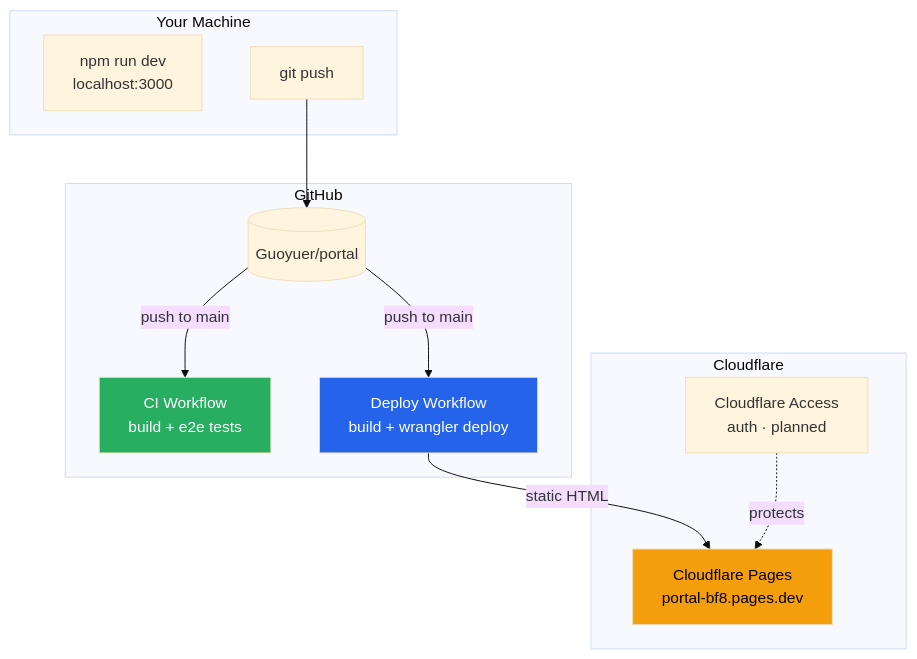
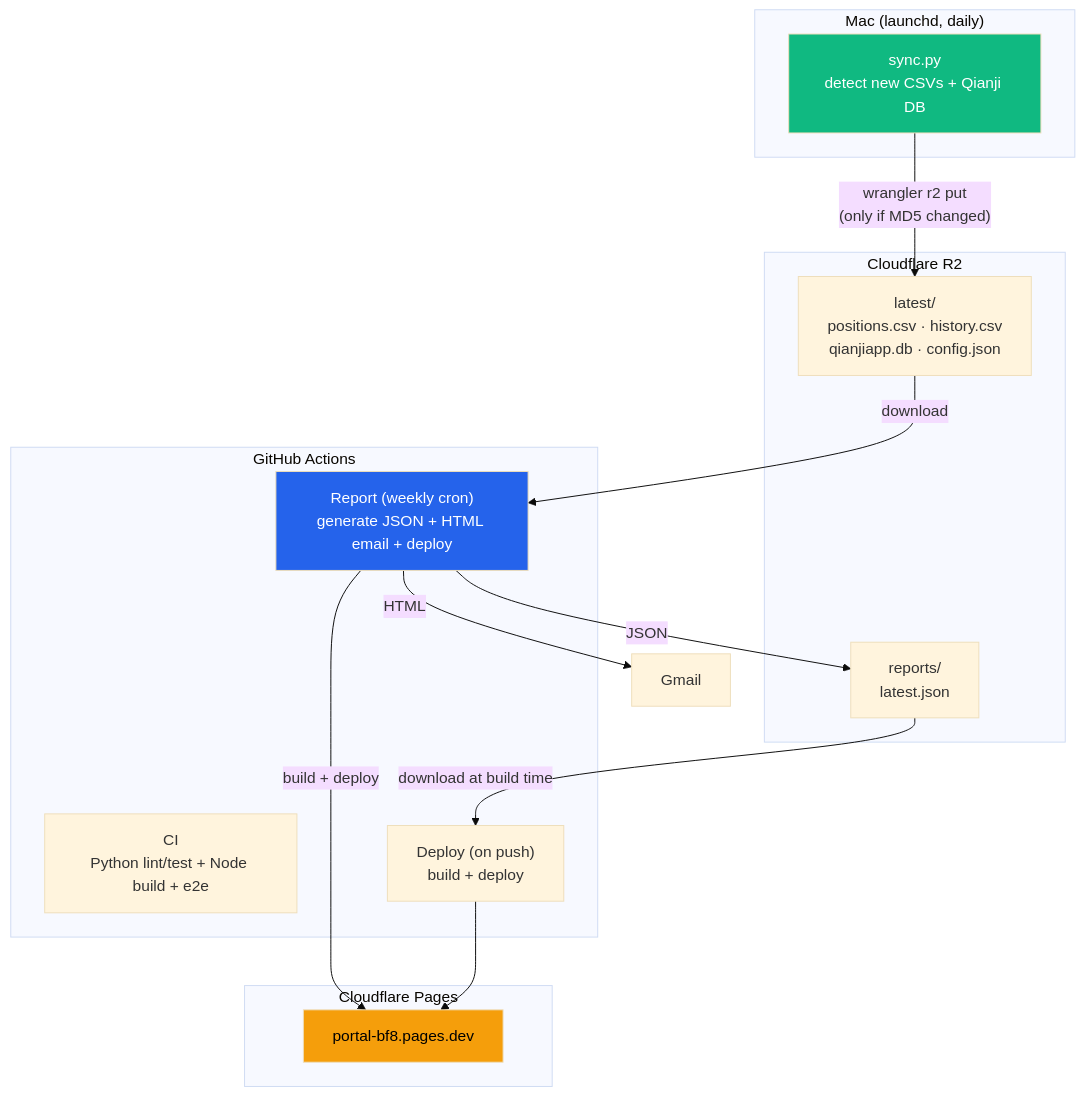
The first of 4 diagrams in README.md (Guoyuer/portal), drawn with Mermaid (base theme) before and after one commit. The commit also changed other lines of this file, not shown here.

Commit message:
docs: Update README to reflect complete pipeline architecture

````diff
--- a/README.md
+++ b/README.md
@@ -9,28 +9,33 @@
 ```mermaid
 graph TB
-    subgraph "Your Machine"
-        DEV[npm run dev<br/>localhost:3000]
-        PUSH[git push]
+    subgraph "Mac (launchd, daily)"
+        SYNC["sync.py<br/>detect new CSVs + Qianji DB"]
     end
 
-    subgraph "GitHub"
-        REPO[(Guoyuer/portal)]
-        CI[CI Workflow<br/>build + e2e tests]
-        DEPLOY[Deploy Workflow<br/>build + wrangler deploy]
+    subgraph "Cloudflare R2"
+        RAW["latest/<br/>positions.csv · history.csv<br/>qianjiapp.db · config.json"]
+        JSON["reports/<br/>latest.json"]
     end
 
-    subgraph "Cloudflare"
-        PAGES[Cloudflare Pages<br/>portal-bf8.pages.dev]
-        ACCESS[Cloudflare Access<br/>auth · planned]
+    subgraph "GitHub Actions"
+        CI["CI<br/>Python lint/test + Node build + e2e"]
+        REPORT["Report (weekly cron)<br/>generate JSON + HTML email + deploy"]
+        DEPLOY["Deploy (on push)<br/>build + deploy"]
     end
 
-    PUSH --> REPO
-    REPO -->|push to main| CI
-    REPO -->|push to main| DEPLOY
-    DEPLOY -->|static HTML| PAGES
-    ACCESS -.->|protects| PAGES
+    subgraph "Cloudflare Pages"
+        PAGES["portal-bf8.pages.dev"]
+    end
 
+    SYNC -->|"wrangler r2 put<br/>(only if MD5 changed)"| RAW
+    RAW -->|download| REPORT
+    REPORT -->|JSON| JSON
+    REPORT -->|HTML| EMAIL[Gmail]
+    REPORT -->|build + deploy| PAGES
+    JSON -->|download at build time| DEPLOY
+    DEPLOY --> PAGES
+
+    style SYNC fill:#10b981,color:#fff
+    style REPORT fill:#2563eb,color:#fff
     style PAGES fill:#f59e0b,color:#000
-    style CI fill:#27ae60,color:#fff
-    style DEPLOY fill:#2563eb,color:#fff
 ```
````
